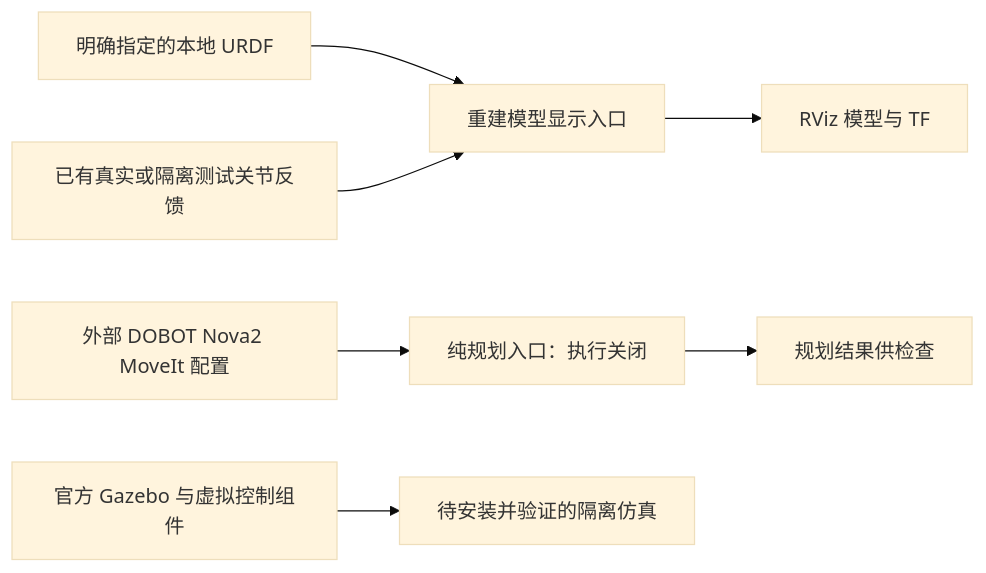
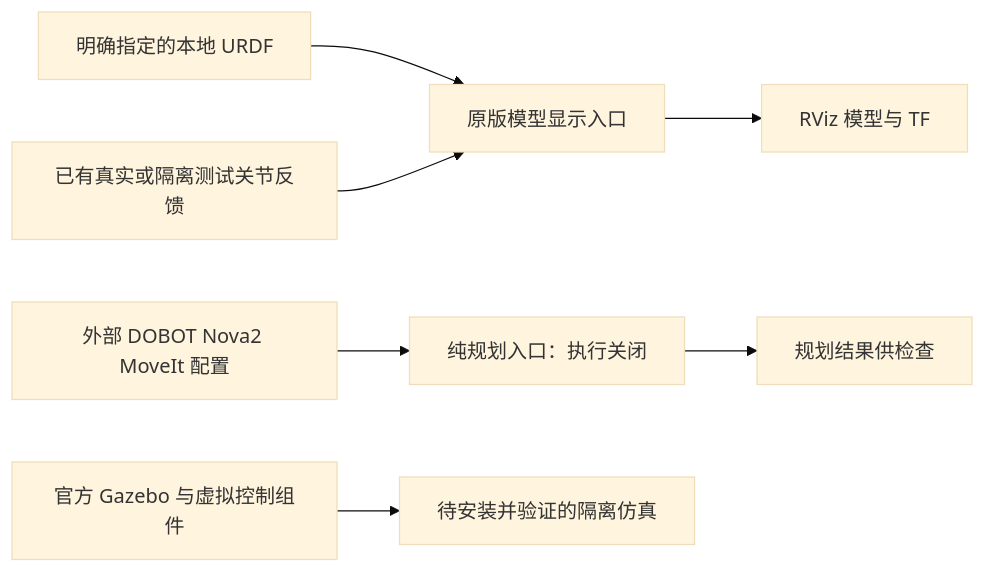
The fifth of 5 diagrams in README.md (Pvpproof/autonomous-charging-robot), drawn with Mermaid (base theme) before and after one commit. The commit also changed other lines of this file and 704 other files, not shown here.

````diff
--- a/README.md
+++ b/README.md
@@ -142,9 +146,9 @@
 ```mermaid
 flowchart LR
-  U[明确指定的本地 URDF] --> M[重建模型显示入口]
+  U[明确指定的本地 URDF] --> M[原版模型显示入口]
   J[已有真实或隔离测试关节反馈] --> M
   M --> V[RViz 模型与 TF]
   D[外部 DOBOT Nova2 MoveIt 配置] --> P[纯规划入口：执行关闭]
   P --> R[规划结果供检查]
   G[官方 Gazebo 与虚拟控制组件] --> S[待安装并验证的隔离仿真]
 ```
````
